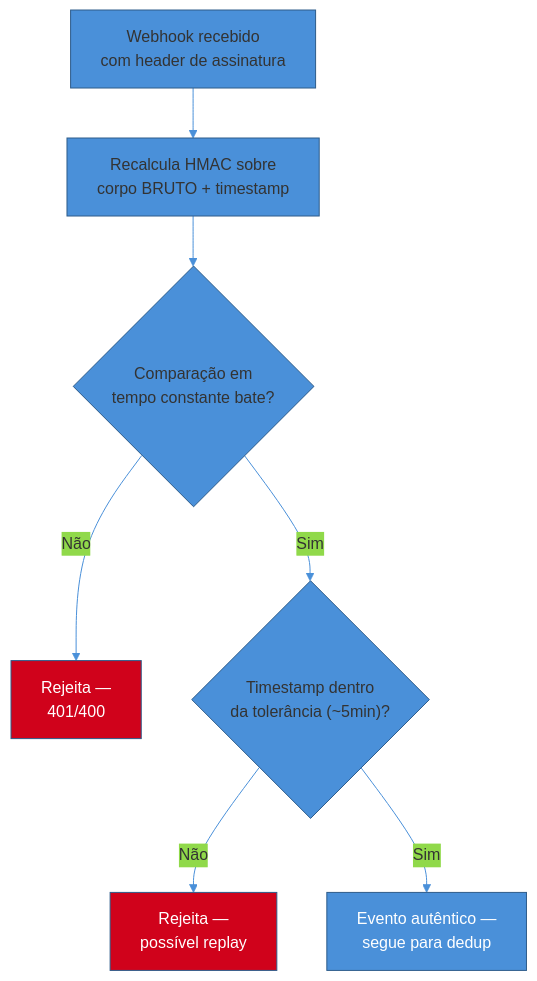
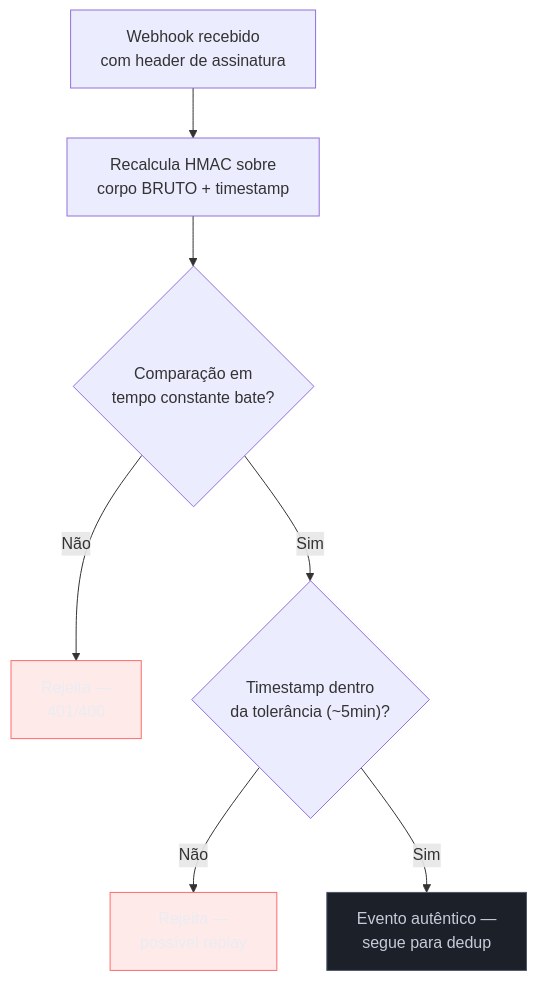
The second of 2 diagrams in 03-Dominios/Engenharia/Comunicação entre Sistemas/3 - Confiabilidade do contrato/05 - Webhooks e operações assíncronas.md (josenaldo/codex-technomanticus), drawn with Mermaid before and after one commit. The commit also changed other lines of this file and 1181 other files, not shown here.

First line of the commit message:
fix(diagramas): paleta do sistema no lugar de cor cravada no markdown

````diff
--- a/03-Dominios/Engenharia/Comunicação entre Sistemas/3 - Confiabilidade do contrato/05 - Webhooks e operações assíncronas.md
+++ b/03-Dominios/Engenharia/Comunicação entre Sistemas/3 - Confiabilidade do contrato/05 - Webhooks e operações assíncronas.md
@@ -131,14 +130,15 @@
 ```mermaid
-%%{init: {"theme": "base", "themeVariables": {"primaryColor": "#4A90D9", "primaryBorderColor": "#2E5C8A", "lineColor": "#4A90D9"}}}%%
 flowchart TD
+    classDef falha fill:#FF6B6B24,stroke:#FF6B6B,color:#E9ECF2
+    classDef neutro fill:#1B2029,stroke:#4E5666,color:#C6CCD8
     A["Webhook recebido<br/>com header de assinatura"] --> B["Recalcula HMAC sobre<br/>corpo BRUTO + timestamp"]
     B --> C{"Comparação em<br/>tempo constante bate?"}
     C -->|"Não"| D["Rejeita —<br/>401/400"]
     C -->|"Sim"| E{"Timestamp dentro<br/>da tolerância (~5min)?"}
     E -->|"Não"| F["Rejeita —<br/>possível replay"]
     E -->|"Sim"| G["Evento autêntico —<br/>segue para dedup"]
 
-    style D fill:#D0021B,color:#fff
-    style F fill:#D0021B,color:#fff
-    style G fill:#4A90D9,color:#fff
+    class D falha
+    class F falha
+    class G neutro
 ```
````
